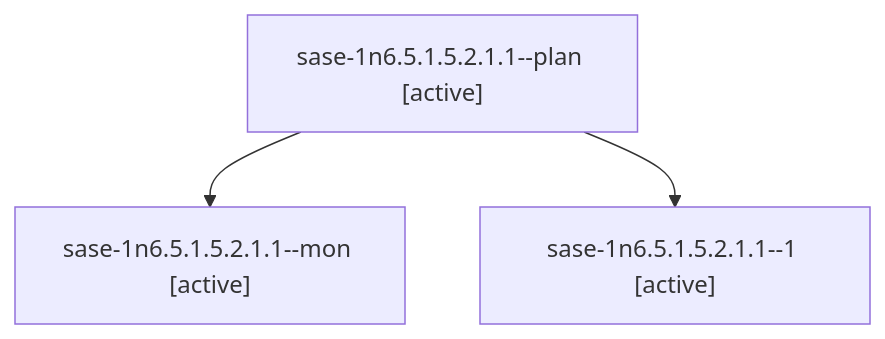
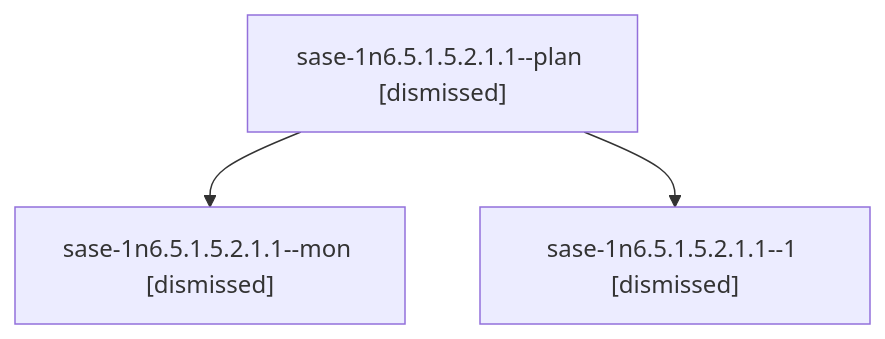
One commit to sase-org/sase--agents changed the diagram in sessions/bbugyi200.athena.sase-1n6.5.1.5.2.1.1.md. Above: the diagram before and after it, drawn with Mermaid. The commit also changed other lines of this file and 247 other files, not shown here.

````diff
--- a/sessions/bbugyi200.athena.sase-1n6.5.1.5.2.1.1.md
+++ b/sessions/bbugyi200.athena.sase-1n6.5.1.5.2.1.1.md
@@ -9,8 +9,8 @@
 ```mermaid
 flowchart TD
-  n0["sase-1n6.5.1.5.2.1.1--plan [active]"]
-  n1["sase-1n6.5.1.5.2.1.1--mon [active]"]
+  n0["sase-1n6.5.1.5.2.1.1--plan [dismissed]"]
+  n1["sase-1n6.5.1.5.2.1.1--mon [dismissed]"]
   n0 --> n1
-  n2["sase-1n6.5.1.5.2.1.1--1 [active]"]
+  n2["sase-1n6.5.1.5.2.1.1--1 [dismissed]"]
   n0 --> n2
 ```
````
